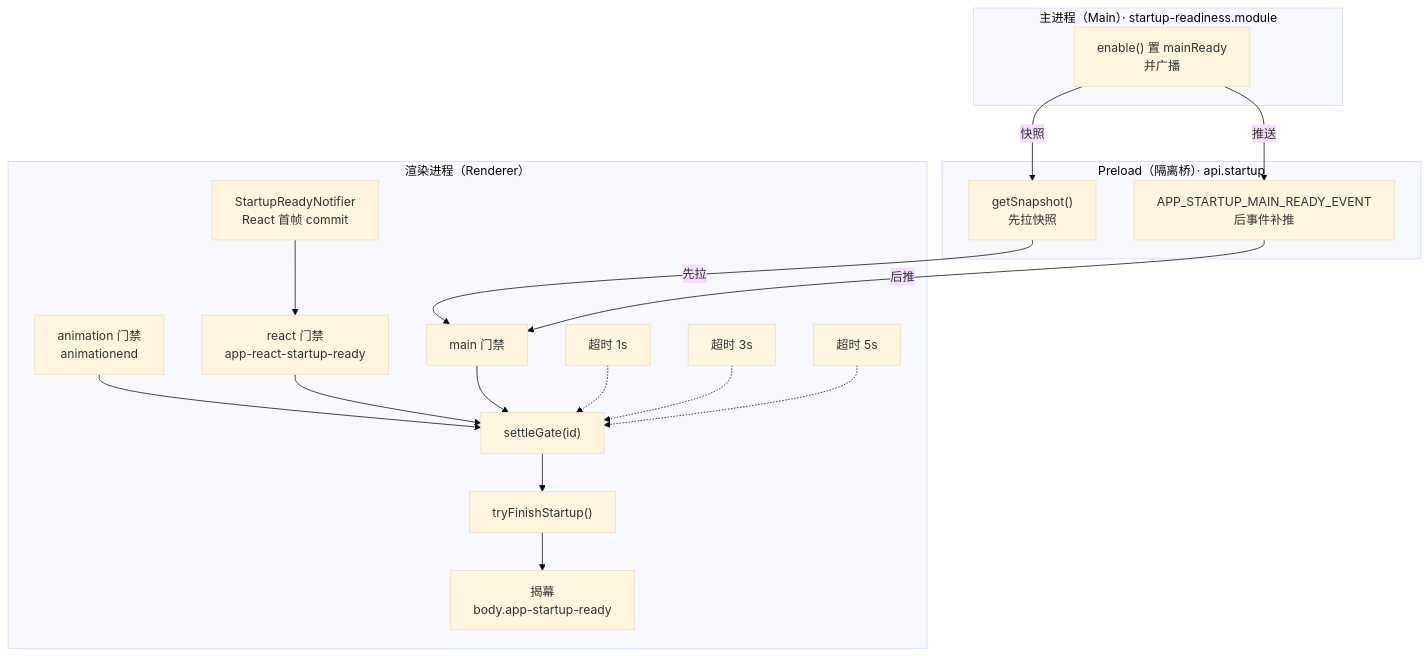
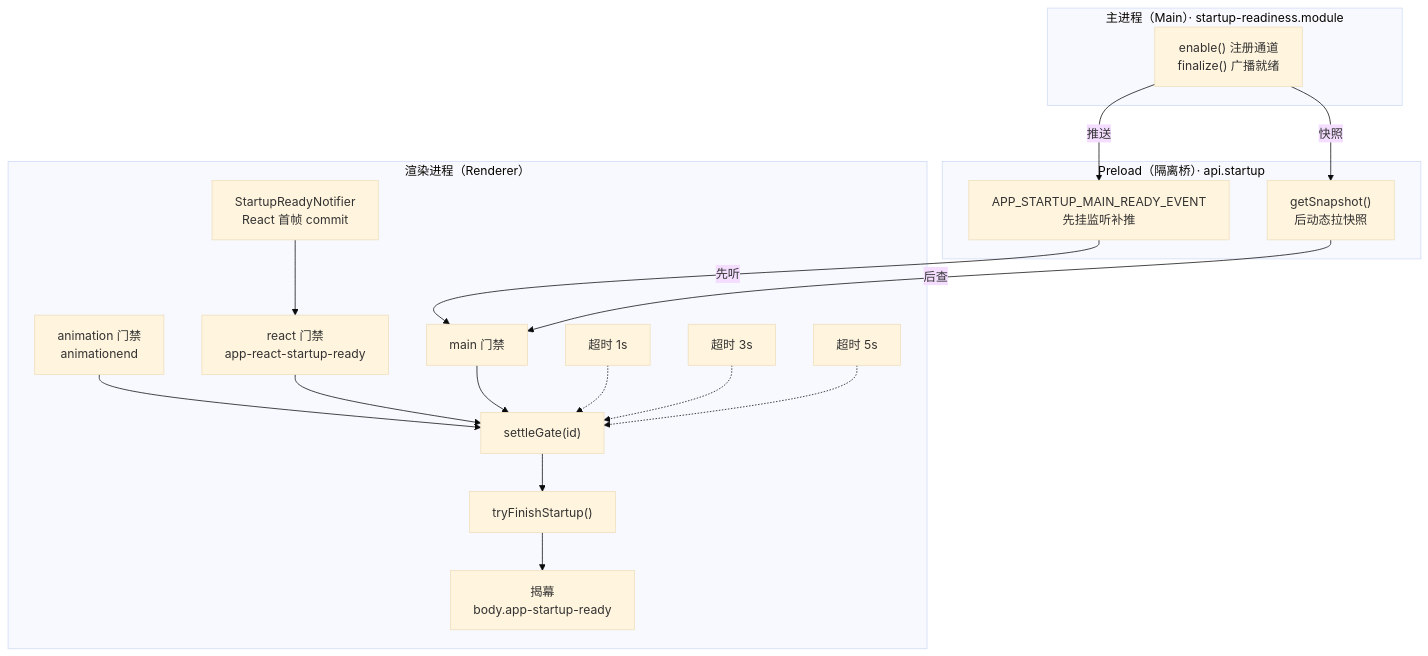
The diagram in packages/docs/src/pages/ui/first-screen.md (BanShan-Alec/electron-react-monorepo-template), drawn with Mermaid (base theme) before and after one commit. The commit also changed other lines of this file and 46 other files, not shown here.

````diff
--- a/packages/docs/src/pages/ui/first-screen.md
+++ b/packages/docs/src/pages/ui/first-screen.md
@@ -22,31 +22,31 @@
 ```mermaid
 flowchart TB
   subgraph renderer["渲染进程（Renderer）"]
     StartupReadyNotifier["StartupReadyNotifier<br/>React 首帧 commit"]
     animation["animation 门禁<br/>animationend"]
     react["react 门禁<br/>app-react-startup-ready"]
     main["main 门禁"]
     settleGate["settleGate(id)"]
     tryFinishStartup["tryFinishStartup()"]
     APP_STARTUP_READY_CLASS["揭幕<br/>body.app-startup-ready"]
     STARTUP_ANIMATION_FALLBACK_MS["超时 1s"]
     STARTUP_REACT_FALLBACK_MS["超时 3s"]
     STARTUP_MAIN_FALLBACK_MS["超时 5s"]
   end
   subgraph preload["Preload（隔离桥）· api.startup"]
-    getSnapshot["getSnapshot()<br/>先拉快照"]
-    APP_STARTUP_MAIN_READY_EVENT["APP_STARTUP_MAIN_READY_EVENT<br/>后事件补推"]
+    APP_STARTUP_MAIN_READY_EVENT["APP_STARTUP_MAIN_READY_EVENT<br/>先挂监听补推"]
+    getSnapshot["getSnapshot()<br/>后动态拉快照"]
   end
   subgraph mainProcess["主进程（Main）· startup-readiness.module"]
-    startupReadiness["enable() 置 mainReady<br/>并广播"]
+    startupReadiness["enable() 注册通道<br/>finalize() 广播就绪"]
   end
   StartupReadyNotifier --> react
   animation & react & main --> settleGate
   STARTUP_ANIMATION_FALLBACK_MS & STARTUP_REACT_FALLBACK_MS & STARTUP_MAIN_FALLBACK_MS -.-> settleGate
   settleGate --> tryFinishStartup
   tryFinishStartup --> APP_STARTUP_READY_CLASS
+  startupReadiness -->|"推送"| APP_STARTUP_MAIN_READY_EVENT
   startupReadiness -->|"快照"| getSnapshot
-  startupReadiness -->|"推送"| APP_STARTUP_MAIN_READY_EVENT
-  getSnapshot -->|"先拉"| main
-  APP_STARTUP_MAIN_READY_EVENT -->|"后推"| main
+  APP_STARTUP_MAIN_READY_EVENT -->|"先听"| main
+  getSnapshot -->|"后查"| main
 ```
````
